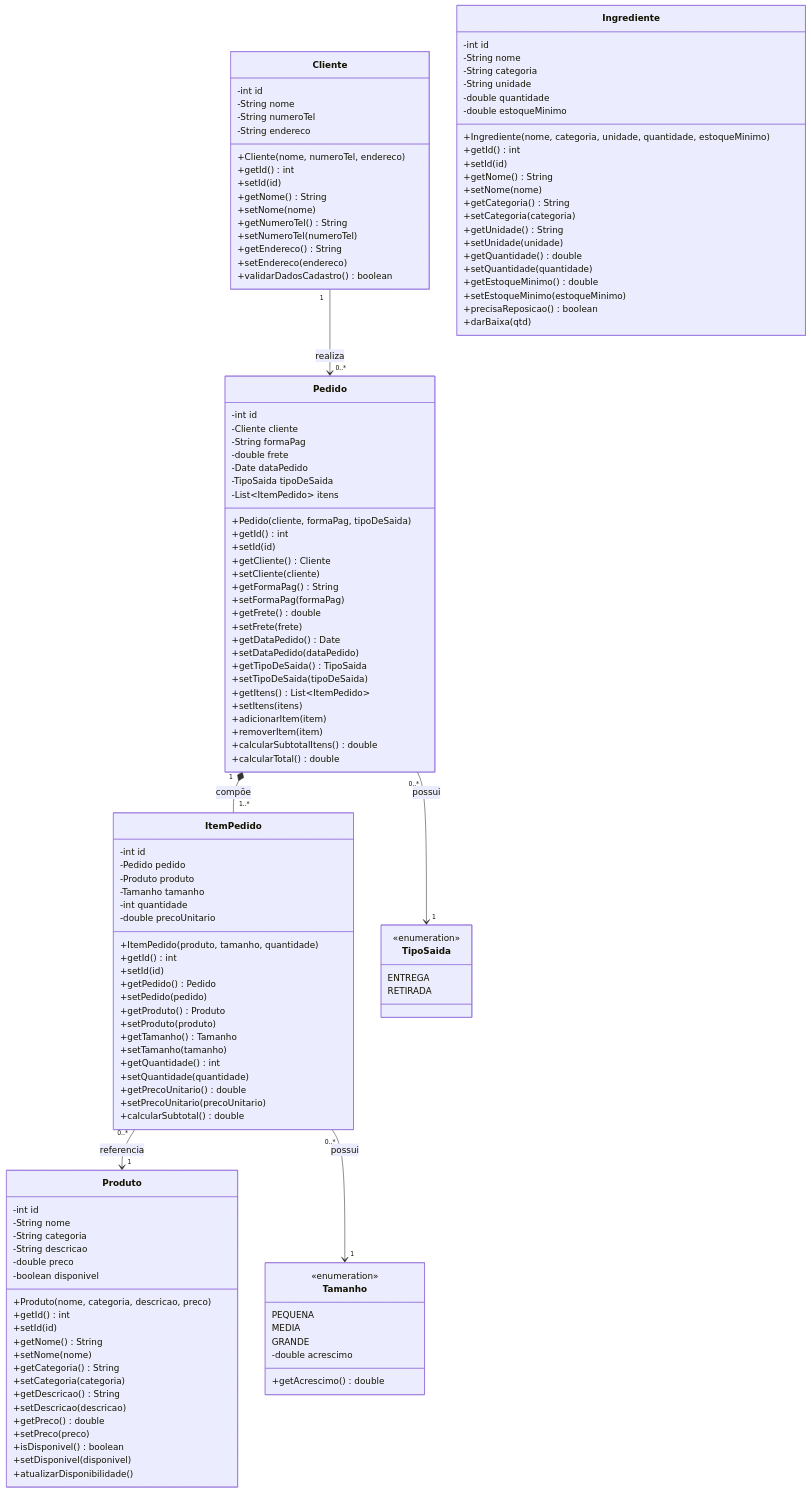
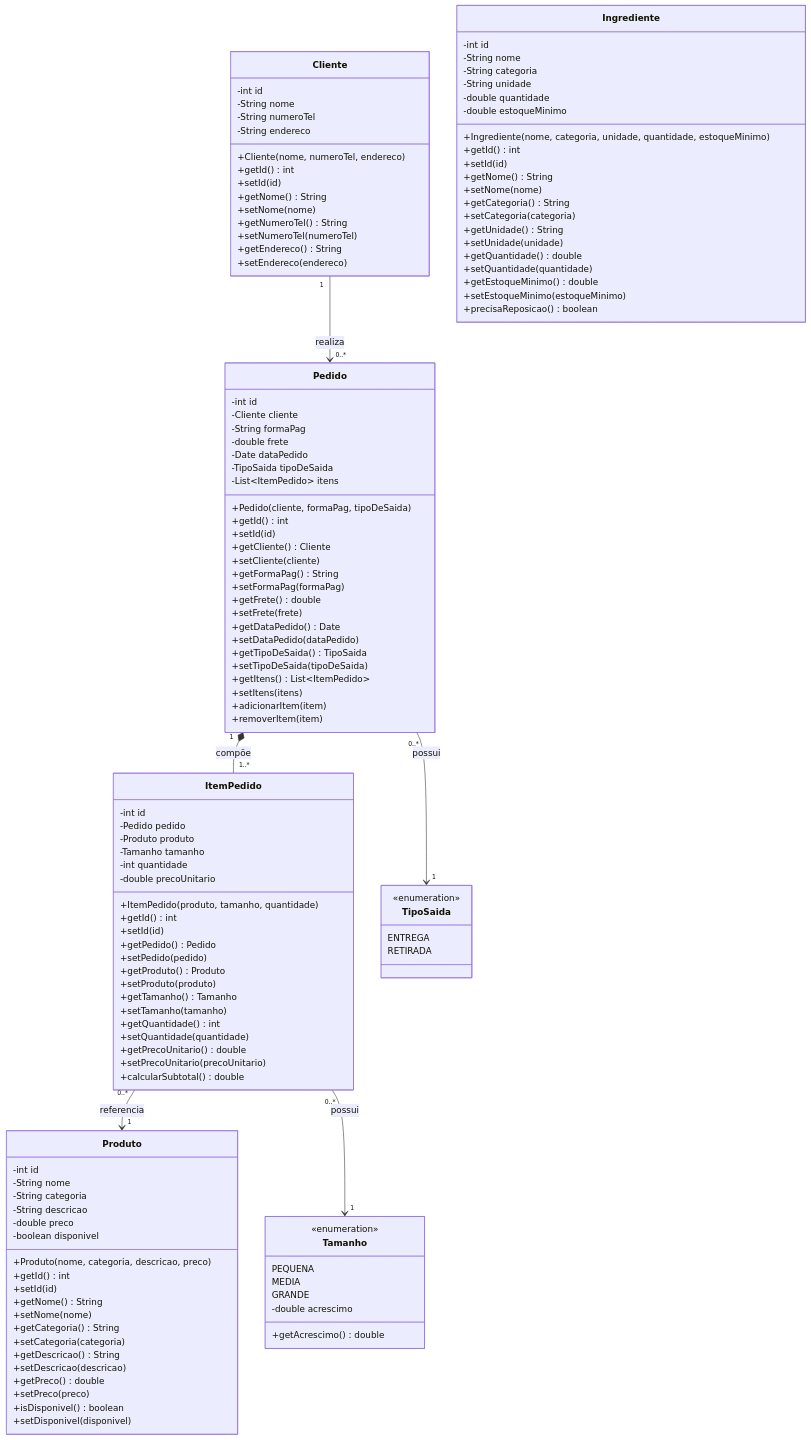
The diagram in README.md (vitormatosz/la-sottam-pizzaria), drawn with Mermaid before and after one commit. The commit also changed other lines of this file, not shown here.

```diff
--- a/README.md
+++ b/README.md
@@ -251,7 +251,6 @@
         +setNumeroTel(numeroTel)
         +getEndereco() String
         +setEndereco(endereco)
-        +validarDadosCadastro() boolean
     }
 
     class Produto {
@@ -274,7 +273,6 @@
         +setPreco(preco)
         +isDisponivel() boolean
         +setDisponivel(disponivel)
-        +atualizarDisponibilidade()
     }
 
     class Ingrediente {
@@ -298,7 +296,6 @@
         +getEstoqueMinimo() double
         +setEstoqueMinimo(estoqueMinimo)
         +precisaReposicao() boolean
-        +darBaixa(qtd)
     }
 
     class Pedido {
@@ -326,8 +323,6 @@
         +setItens(itens)
         +adicionarItem(item)
         +removerItem(item)
-        +calcularSubtotalItens() double
-        +calcularTotal() double
     }
 
     class ItemPedido {
```
